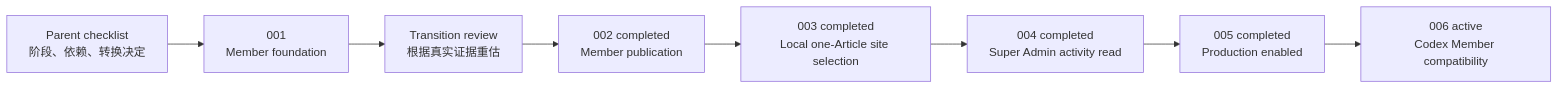
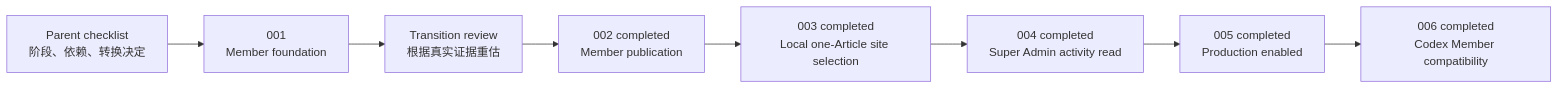
The diagram in docs/roadmap/agent-workspace-program.md (lonelyreader/chinaknowledge), drawn with Mermaid before and after one commit. The commit also changed other lines of this file and 9 other files, not shown here.

Commit message:
docs(agent-workspace): close Codex member compatibility

````diff
--- a/docs/roadmap/agent-workspace-program.md
+++ b/docs/roadmap/agent-workspace-program.md
@@ -21,10 +21,10 @@
 ```mermaid
 flowchart LR
     P["Parent checklist<br/>阶段、依赖、转换决定"] --> A1["001<br/>Member foundation"]
     A1 --> R["Transition review<br/>根据真实证据重估"]
     R --> A2["002 completed<br/>Member publication"]
     A2 --> A3["003 completed<br/>Local one-Article site selection"]
     A3 --> A4["004 completed<br/>Super Admin activity read"]
     A4 --> A5["005 completed<br/>Production enabled"]
-    A5 --> A6["006 active<br/>Codex Member compatibility"]
+    A5 --> A6["006 completed<br/>Codex Member compatibility"]
 ```
````
